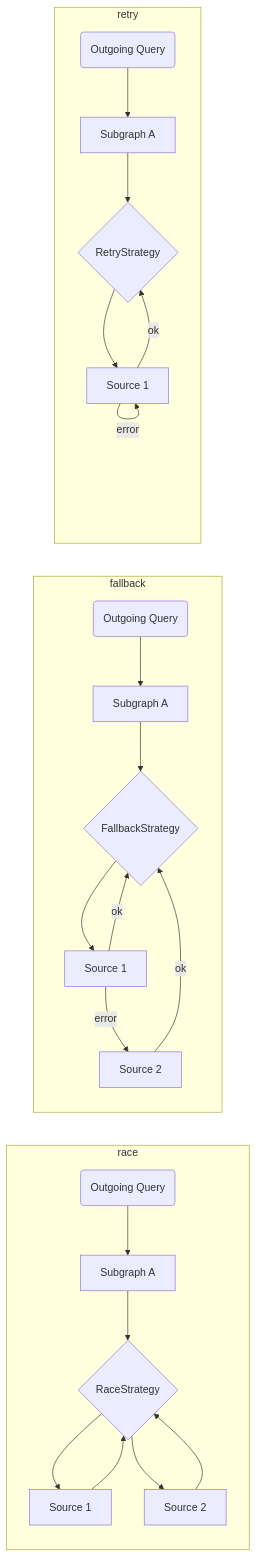
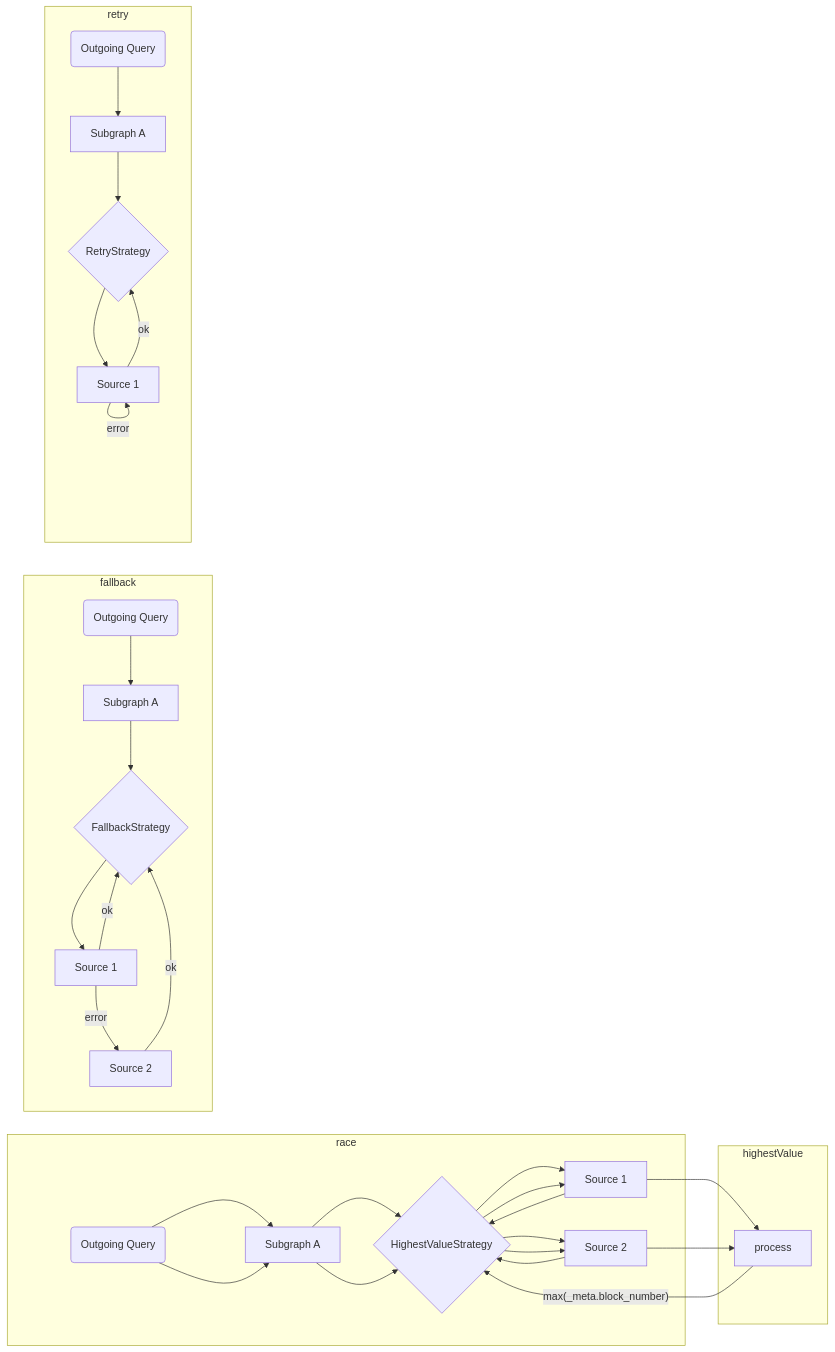
The fourth of 5 diagrams in docs/architecture.md (graphprotocol/graph-client), drawn with Mermaid before and after one commit. The commit also changed other lines of this file and 1 other file, not shown here.

````diff
--- a/docs/architecture.md
+++ b/docs/architecture.md
@@ -51,28 +49,38 @@
 ```mermaid
 graph LR;
     subgraph race
-    req(Outgoing Query)-->sA[Subgraph A]; 
+    req(Outgoing Query)-->sA[Subgraph A];
     sA-->d{RaceStrategy};
-    d-->s1[Source 1]; 
-    d-->s2[Source 2]; 
+    d-->s1[Source 1];
+    d-->s2[Source 2];
     s1-->d;
     s2-->d;
     end
-    
+
     subgraph fallback
-    req2(Outgoing Query)-->sA2[Subgraph A]; 
+    req2(Outgoing Query)-->sA2[Subgraph A];
     sA2-->d2{FallbackStrategy};
-    d2-->s3[Source 1]; 
-    s3-->|error|s4[Source 2]; 
+    d2-->s3[Source 1];
+    s3-->|error|s4[Source 2];
     s4-->|ok|d2;
     s3-->|ok|d2;
     end
-    
+
     subgraph retry
-    req3(Outgoing Query)-->sA3[Subgraph A]; 
+    req3(Outgoing Query)-->sA3[Subgraph A];
     sA3-->d3{RetryStrategy};
     d3-->s5[Source 1];
     s5-->|error|s5;
     s5-->|ok|d3;
     end
+
+    subgraph highestValue
+    req(Outgoing Query)-->sA[Subgraph A];
+    sA-->d{HighestValueStrategy};
+    d-->s1[Source 1];
+    d-->s2[Source 2];
+    s1-->synced["process"]
+    s2-->synced
+    synced-->|"max(_meta.block_number)"|d
+    end
 ```
````
